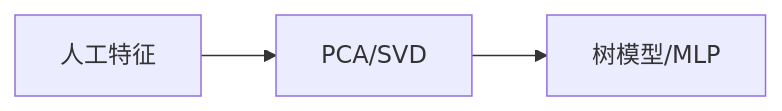
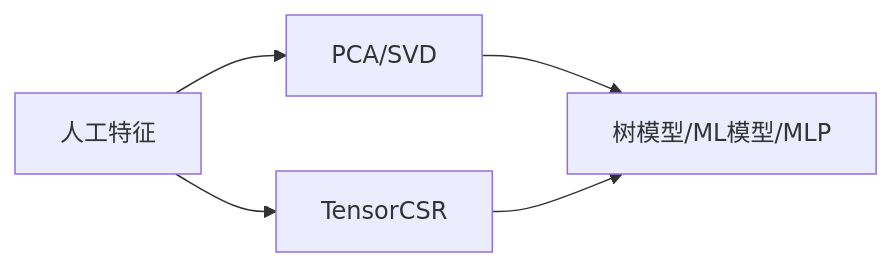
The diagram in docs/views/kaggle/Kaggle-OpenProblem.md (kuro7766/MyBlog-V3), drawn with Mermaid before and after one commit. The commit also changed other lines of this file, not shown here.

````diff
--- a/docs/views/kaggle/Kaggle-OpenProblem.md
+++ b/docs/views/kaggle/Kaggle-OpenProblem.md
@@ -310,5 +321,7 @@
 ```mermaid
 graph LR
 A[人工特征] --> B[PCA/SVD]
-B --> C[树模型/MLP]
+B --> C[树模型/ML模型/MLP]
+A --> D[TensorCSR]
+D --> C
 ```
````
